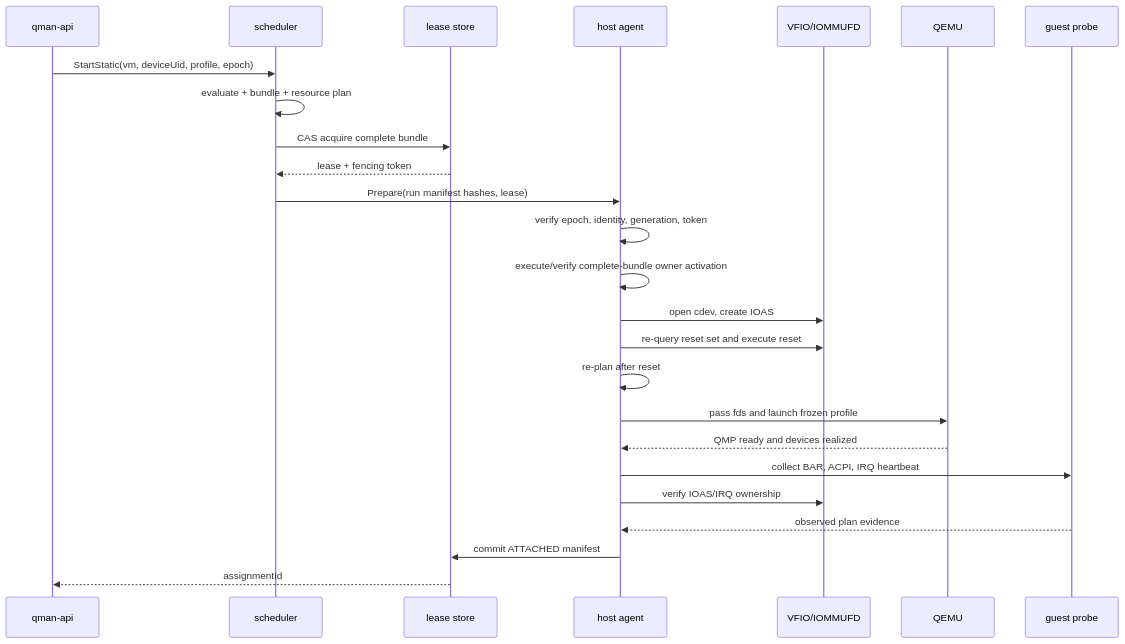
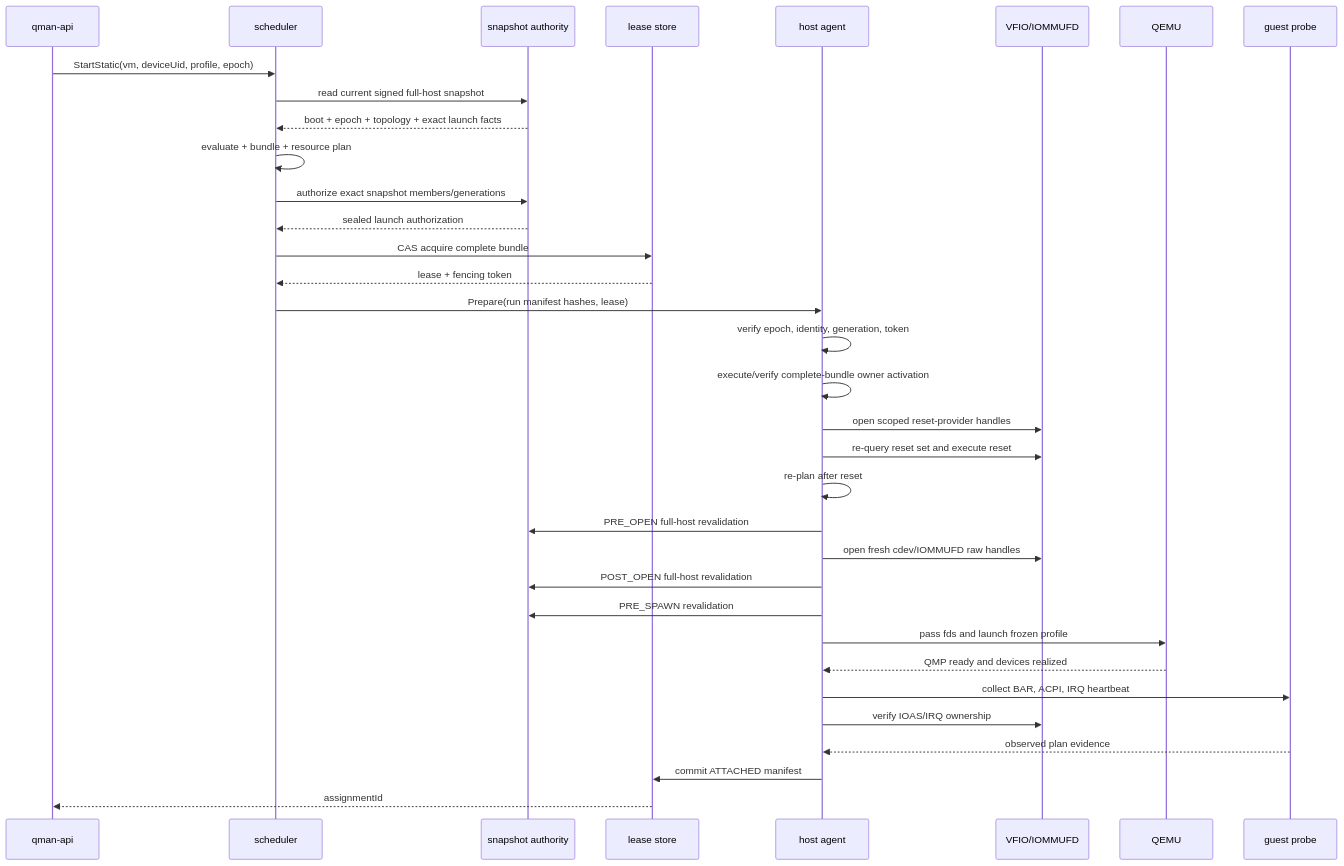
The ninth of 10 diagrams in qman-directpath-implementation-blueprint.md (JoJoJoinme/pci-mmio-notes), drawn with Mermaid before and after one commit. The commit also changed other lines of this file and 26 other files, not shown here.

Commit message:
Implement authoritative PCI snapshot launch chain

````diff
--- a/qman-directpath-implementation-blueprint.md
+++ b/qman-directpath-implementation-blueprint.md
@@ -1163,28 +1189,37 @@
 ```mermaid
 sequenceDiagram
     participant API as qman-api
     participant S as scheduler
+    participant P as snapshot authority
     participant L as lease store
     participant H as host agent
     participant V as VFIO/IOMMUFD
     participant Q as QEMU
     participant G as guest probe
 
     API->>S: StartStatic(vm, deviceUid, profile, epoch)
+    S->>P: read current signed full-host snapshot
+    P-->>S: boot + epoch + topology + exact launch facts
     S->>S: evaluate + bundle + resource plan
+    S->>P: authorize exact snapshot members/generations
+    P-->>S: sealed launch authorization
     S->>L: CAS acquire complete bundle
     L-->>S: lease + fencing token
     S->>H: Prepare(run manifest hashes, lease)
     H->>H: verify epoch, identity, generation, token
     H->>H: execute/verify complete-bundle owner activation
-    H->>V: open cdev, create IOAS
+    H->>V: open scoped reset-provider handles
     H->>V: re-query reset set and execute reset
     H->>H: re-plan after reset
+    H->>P: PRE_OPEN full-host revalidation
+    H->>V: open fresh cdev/IOMMUFD raw handles
+    H->>P: POST_OPEN full-host revalidation
+    H->>P: PRE_SPAWN revalidation
     H->>Q: pass fds and launch frozen profile
     Q-->>H: QMP ready and devices realized
     H->>G: collect BAR, ACPI, IRQ heartbeat
     H->>V: verify IOAS/IRQ ownership
     G-->>H: observed plan evidence
     H->>L: commit ATTACHED manifest
     L-->>API: assignmentId
 ```
````
